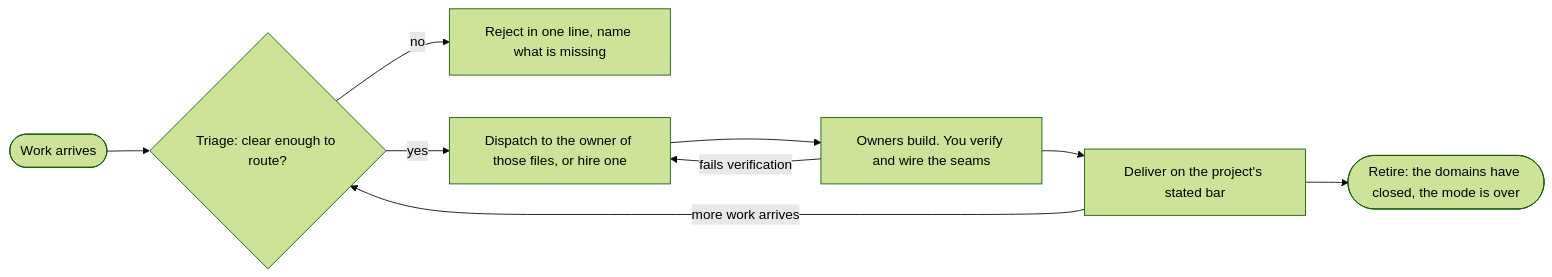
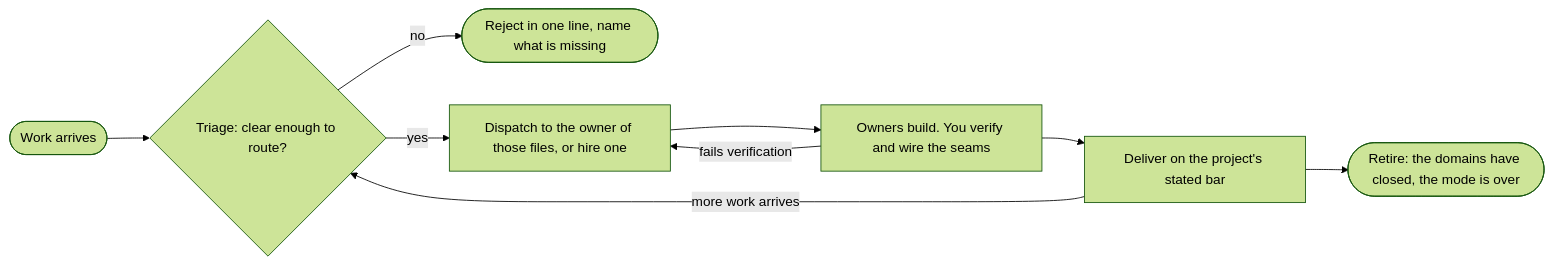
The diagram in skills/mode/modes/swarm.md (EthanITA/Mode), drawn with Mermaid (forest theme) before and after one commit. The commit also changed 17 other files, not shown here.

Commit message:
docs(modes): every diagram opens on its trigger, draws its loops and marks its exits

````diff
--- a/skills/mode/modes/swarm.md
+++ b/skills/mode/modes/swarm.md
@@ -22,11 +22,11 @@
 ```mermaid
 flowchart LR
     R([Work arrives]) --> T{Triage: clear enough to route?}
-    T -- no --> X[Reject in one line, name what is missing]
+    T -- no --> X([Reject in one line, name what is missing])
     T -- yes --> D[Dispatch to the owner of those files, or hire one]
     D --> W[Owners build. You verify and wire the seams]
     W -- fails verification --> D
     W --> L[Deliver on the project's stated bar]
     L -- more work arrives --> T
     L --> C([Retire: the domains have closed, the mode is over])
 ```
````
